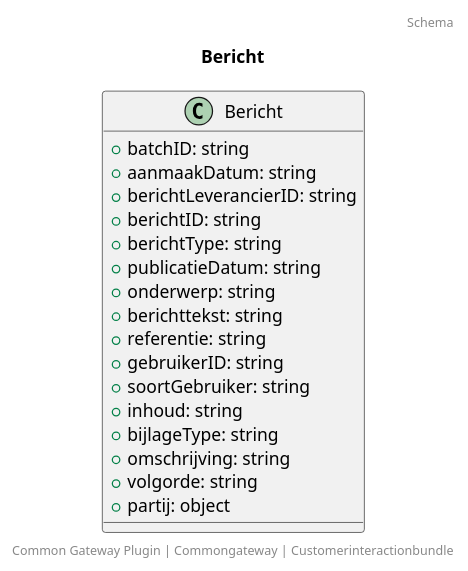
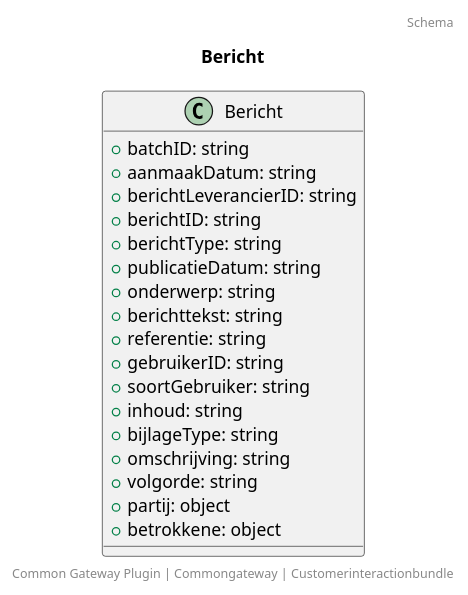
The diagram in docs/schema/klant.bericht.puml (CommonGateway/CustomerInteractionBundle), drawn with PlantUML before and after one commit. The commit also changed 2 other files, not shown here.

```diff
--- a/docs/schema/klant.bericht.puml
+++ b/docs/schema/klant.bericht.puml
@@ -1,24 +1,25 @@
 @startuml
 title: Bericht
 footer: Common Gateway Plugin | Commongateway | Customerinteractionbundle 
 header: Schema
 
 class Bericht {
   + batchID: string
   + aanmaakDatum: string
   + berichtLeverancierID: string
   + berichtID: string
   + berichtType: string
   + publicatieDatum: string
   + onderwerp: string
   + berichttekst: string
   + referentie: string
   + gebruikerID: string
   + soortGebruiker: string
   + inhoud: string
   + bijlageType: string
   + omschrijving: string
   + volgorde: string
   + partij: object
+  + betrokkene: object
 }
 @enduml
```
